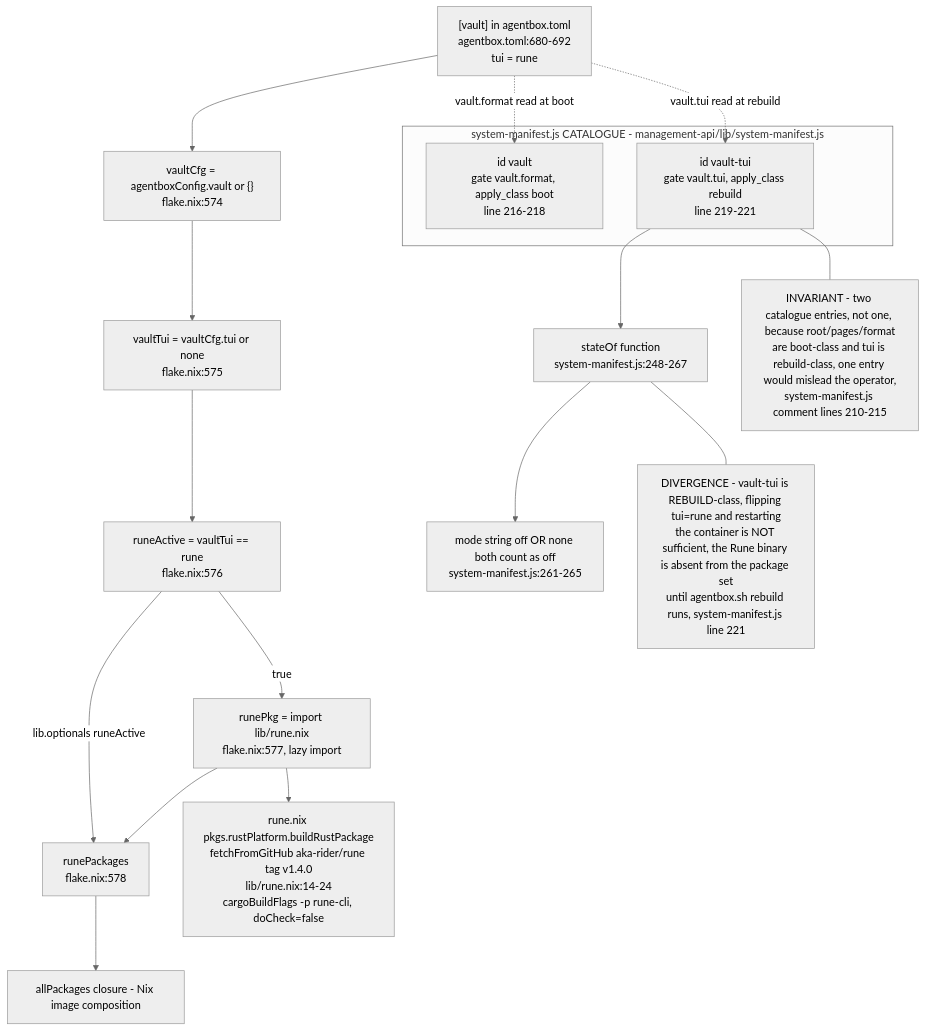
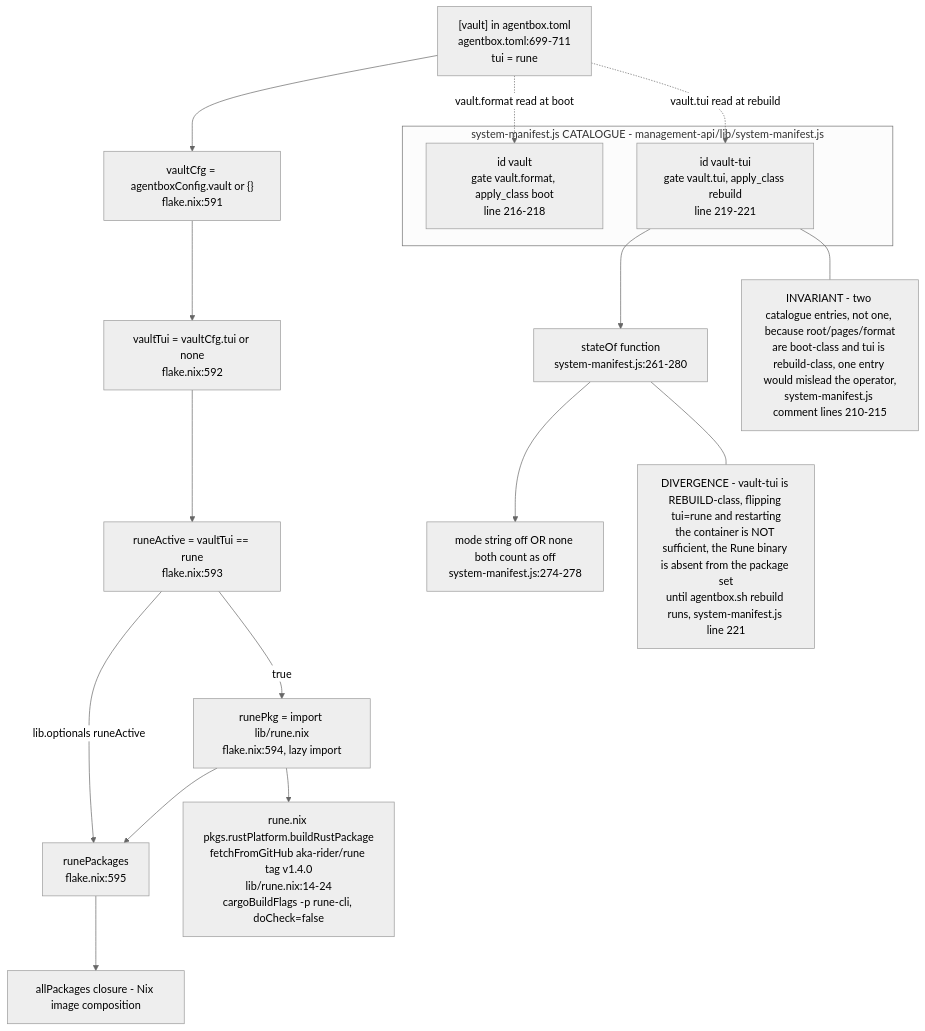
Before and after one commit to DreamLab-AI/AR-AI-Knowledge-Graph: the tenth of 10 diagrams in docs/diagrams/agentbox/01-nix-flake-composition.md, drawn with Mermaid (neutral theme). The commit also changed other lines of this file and 73 other files, not shown here.

First line of the commit message:
docs(diagrams): re-verify all 71 topic files against HEAD; add --cite-check

````diff
--- a/docs/diagrams/agentbox/01-nix-flake-composition.md
+++ b/docs/diagrams/agentbox/01-nix-flake-composition.md
@@ -401,32 +401,32 @@
 ```mermaid
 flowchart TB
-    TOMLVAULT["[vault] in agentbox.toml<br/>agentbox.toml:680-692<br/>tui = rune"] --> VAULTCFG["vaultCfg = agentboxConfig.vault or {}<br/>flake.nix:574"]
+    TOMLVAULT["[vault] in agentbox.toml<br/>agentbox.toml:699-711<br/>tui = rune"] --> VAULTCFG["vaultCfg = agentboxConfig.vault or {}<br/>flake.nix:591"]
 
-    VAULTCFG --> TUIVAL["vaultTui = vaultCfg.tui or none<br/>flake.nix:575"]
-    TUIVAL --> RUNEACTIVE["runeActive = vaultTui == rune<br/>flake.nix:576"]
-    RUNEACTIVE -->|"true"| RUNEPKGIMPORT["runePkg = import lib/rune.nix<br/>flake.nix:577, lazy import"]
-    RUNEACTIVE -->|"lib.optionals runeActive"| RUNEPACKAGES["runePackages<br/>flake.nix:578"]
+    VAULTCFG --> TUIVAL["vaultTui = vaultCfg.tui or none<br/>flake.nix:592"]
+    TUIVAL --> RUNEACTIVE["runeActive = vaultTui == rune<br/>flake.nix:593"]
+    RUNEACTIVE -->|"true"| RUNEPKGIMPORT["runePkg = import lib/rune.nix<br/>flake.nix:594, lazy import"]
+    RUNEACTIVE -->|"lib.optionals runeActive"| RUNEPACKAGES["runePackages<br/>flake.nix:595"]
     RUNEPKGIMPORT --> RUNEPACKAGES
     RUNEPACKAGES --> ALLPKG["allPackages closure - Nix image composition"]
 
     RUNEBUILD["rune.nix pkgs.rustPlatform.buildRustPackage<br/>fetchFromGitHub aka-rider/rune tag v1.4.0<br/>lib/rune.nix:14-24<br/>cargoBuildFlags -p rune-cli, doCheck=false"]
     RUNEPKGIMPORT --> RUNEBUILD
 
     subgraph MANIFEST["system-manifest.js CATALOGUE - management-api/lib/system-manifest.js"]
         VAULTENTRY["id vault<br/>gate vault.format, apply_class boot<br/>line 216-218"]
         VAULTTUIENTRY["id vault-tui<br/>gate vault.tui, apply_class rebuild<br/>line 219-221"]
     end
 
     TOMLVAULT -.->|"vault.format read at boot"| VAULTENTRY
     TOMLVAULT -.->|"vault.tui read at rebuild"| VAULTTUIENTRY
 
-    STATEOF["stateOf function<br/>system-manifest.js:248-267"]
+    STATEOF["stateOf function<br/>system-manifest.js:261-280"]
     VAULTTUIENTRY --> STATEOF
-    STATEOF --> MODESTRING["mode string off OR none both count as off<br/>system-manifest.js:261-265"]
+    STATEOF --> MODESTRING["mode string off OR none both count as off<br/>system-manifest.js:274-278"]
 
     NOTE1["INVARIANT - two catalogue entries, not one, because root/pages/format<br/>are boot-class and tui is rebuild-class, one entry would mislead the operator,<br/>system-manifest.js comment lines 210-215"]
     VAULTTUIENTRY --- NOTE1
 
     NOTE2["DIVERGENCE - vault-tui is REBUILD-class, flipping tui=rune and restarting<br/>the container is NOT sufficient, the Rune binary is absent from the package set<br/>until agentbox.sh rebuild runs, system-manifest.js line 221"]
     STATEOF --- NOTE2
 ```
````
